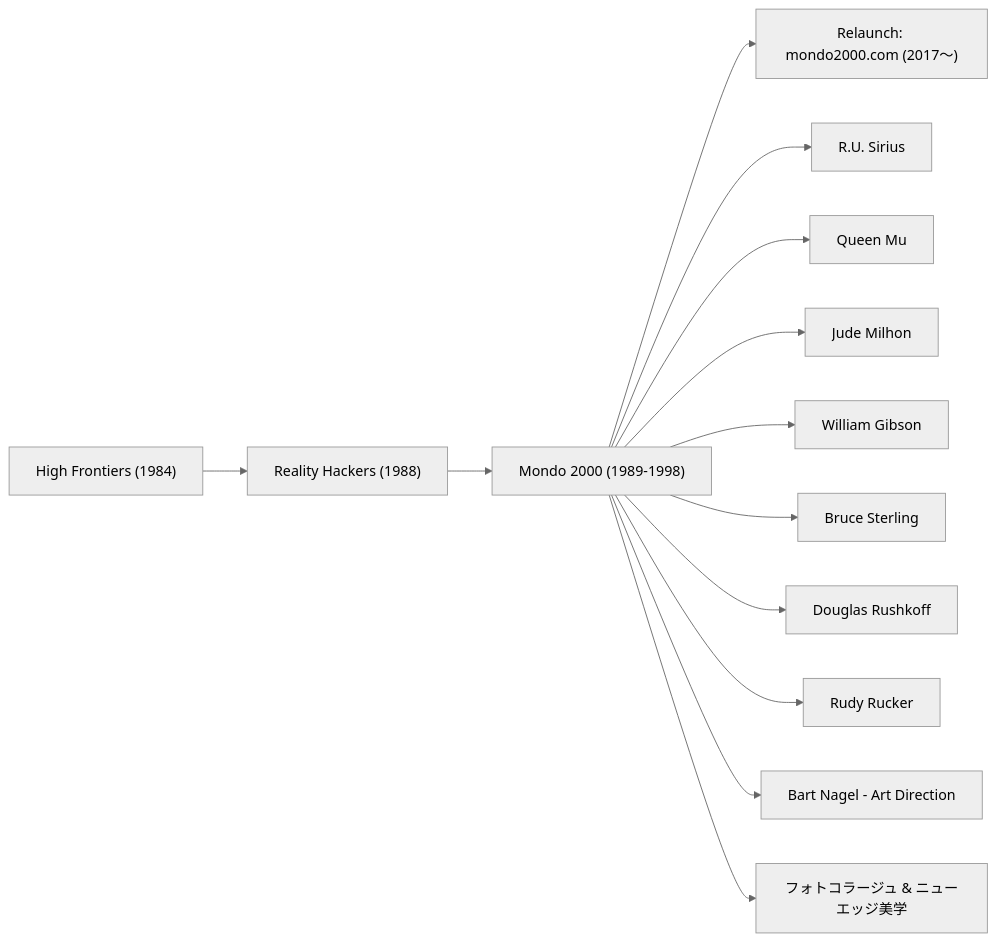
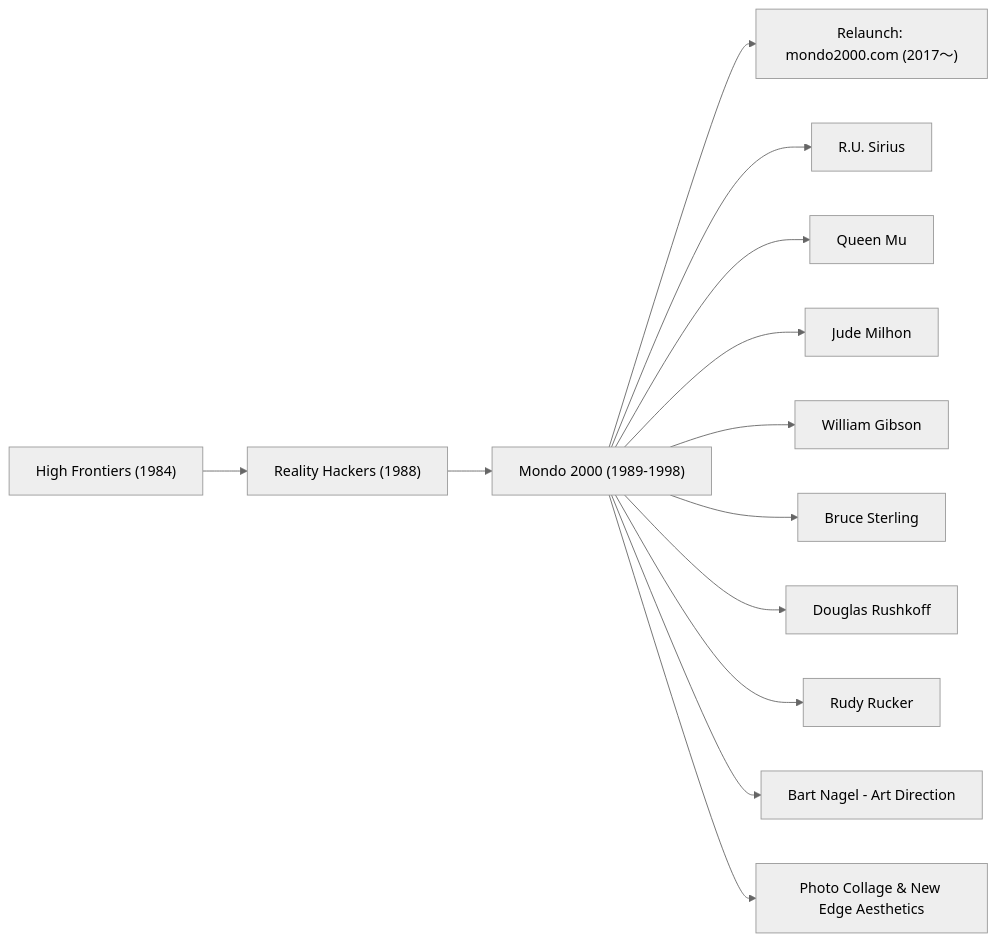
The diagram in en/_posts/2025-10-02-Column-Mondo-2000.md (monumental-movement/monumental-movement.github.io), drawn with Mermaid (neutral theme) before and after one commit. The commit also changed 152 other files, not shown here.

```diff
--- a/en/_posts/2025-10-02-Column-Mondo-2000.md
+++ b/en/_posts/2025-10-02-Column-Mondo-2000.md
@@ -45,20 +45,20 @@
 <div class="mermaid">
 
 flowchart LR
   A["High Frontiers (1984)"] --> B["Reality Hackers (1988)"]
   B --> C["Mondo 2000 (1989-1998)"]
   C --> D["Relaunch: mondo2000.com (2017〜)"]
 
   C --> E["R.U. Sirius"]
   C --> F["Queen Mu"]
   C --> G["Jude Milhon"]
 
   C --> H["William Gibson"]
   C --> I["Bruce Sterling"]
   C --> J["Douglas Rushkoff"]
   C --> K["Rudy Rucker"]
 
   C --> L["Bart Nagel - Art Direction"]
-  C --> M["フォトコラージュ & ニューエッジ美学"]
+  C --> M["Photo Collage & New Edge Aesthetics"]
   
 </div>
```
